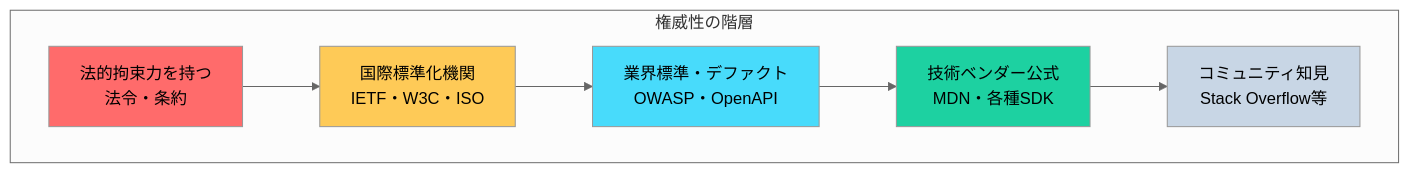
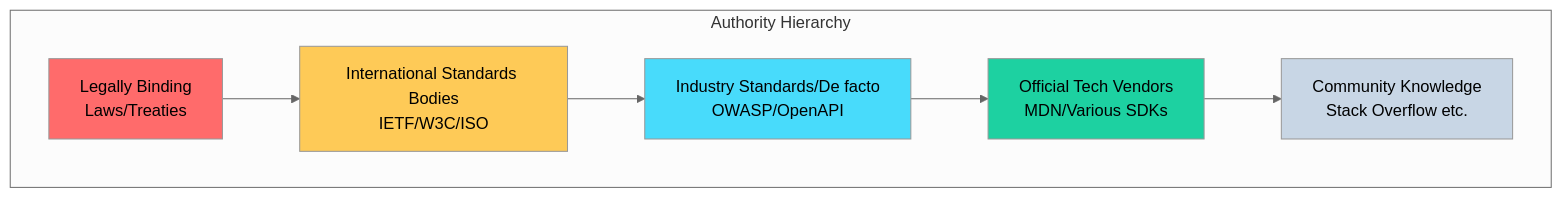
Before and after one commit to shuji-bonji/ai-agent-architecture: the sixth of 15 diagrams in docs/concepts/02-reference-sources.md, drawn with Mermaid (neutral theme). The commit also changed other lines of this file and 42 other files, not shown here.

````diff
--- a/docs/concepts/02-reference-sources.md
+++ b/docs/concepts/02-reference-sources.md
@@ -200,18 +202,18 @@
 ```mermaid
 graph TB
-    subgraph 権威性の階層
-        L1[法的拘束力を持つ<br/>法令・条約]
-        L2[国際標準化機関<br/>IETF・W3C・ISO]
-        L3[業界標準・デファクト<br/>OWASP・OpenAPI]
-        L4[技術ベンダー公式<br/>MDN・各種SDK]
-        L5[コミュニティ知見<br/>Stack Overflow等]
+    subgraph Authority Hierarchy
+        L1[Legally Binding<br/>Laws/Treaties]
+        L2[International Standards Bodies<br/>IETF/W3C/ISO]
+        L3[Industry Standards/De facto<br/>OWASP/OpenAPI]
+        L4[Official Tech Vendors<br/>MDN/Various SDKs]
+        L5[Community Knowledge<br/>Stack Overflow etc.]
     end
 
     L1 --> L2 --> L3 --> L4 --> L5
 
     style L1 fill:#ff6b6b
     style L2 fill:#feca57
     style L3 fill:#48dbfb
     style L4 fill:#1dd1a1
     style L5 fill:#c8d6e5
 ```
````
